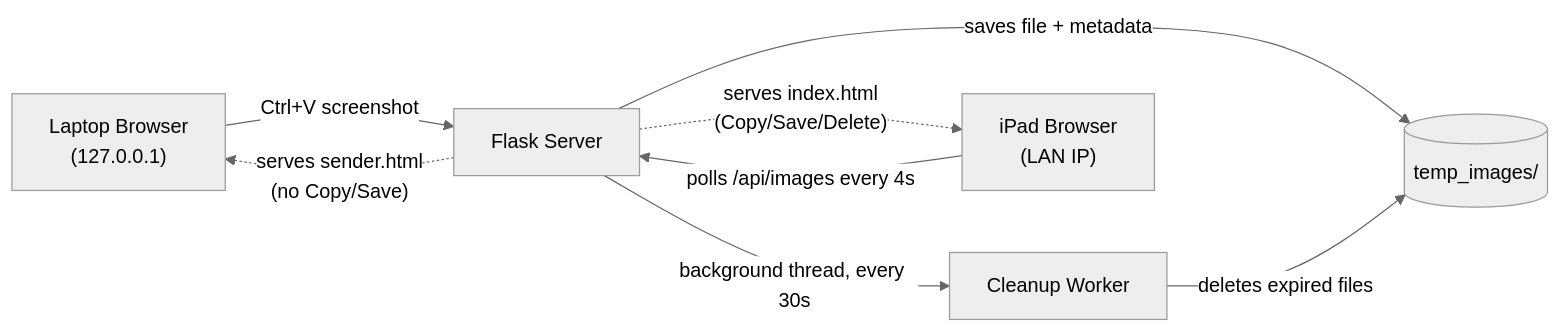
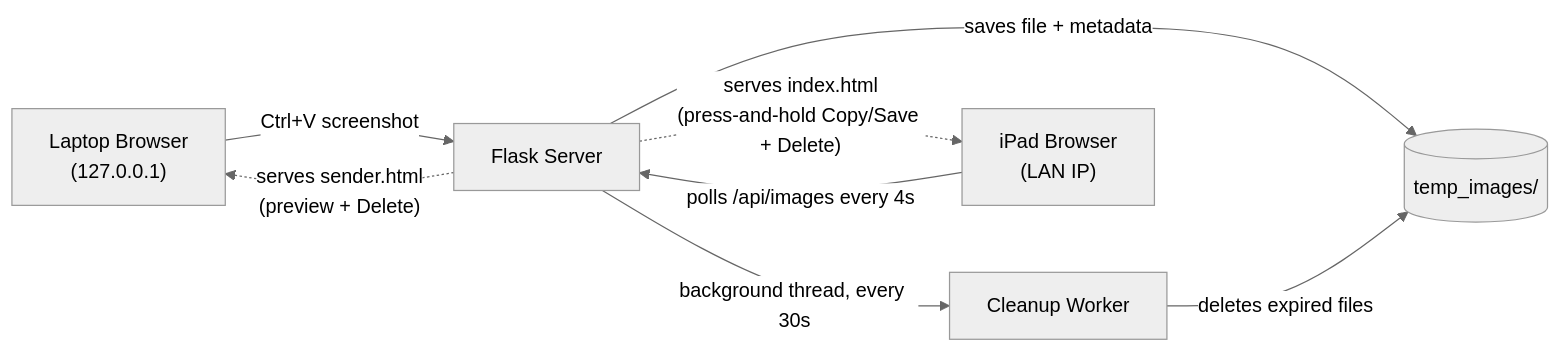
One commit to sailokesh5/Temporary-Notes-Bridge changed the diagram in README.md. Above: the diagram before and after it, drawn with Mermaid (neutral theme). The commit also changed other lines of this file and 4 other files, not shown here.

````diff
--- a/README.md
+++ b/README.md
@@ -33,10 +34,10 @@
 ```mermaid
 flowchart LR
     A["Laptop Browser<br/>(127.0.0.1)"] -- "Ctrl+V screenshot" --> B[Flask Server]
     B -- "saves file + metadata" --> C[(temp_images/)]
     B -- "background thread, every 30s" --> D[Cleanup Worker]
     D -- "deletes expired files" --> C
-    B -. "serves sender.html<br/>(no Copy/Save)" .-> A
+    B -. "serves sender.html<br/>(preview + Delete)" .-> A
     E["iPad Browser<br/>(LAN IP)"] -- "polls /api/images every 4s" --> B
-    B -. "serves index.html<br/>(Copy/Save/Delete)" .-> E
+    B -. "serves index.html<br/>(press-and-hold Copy/Save + Delete)" .-> E
 ```
````
